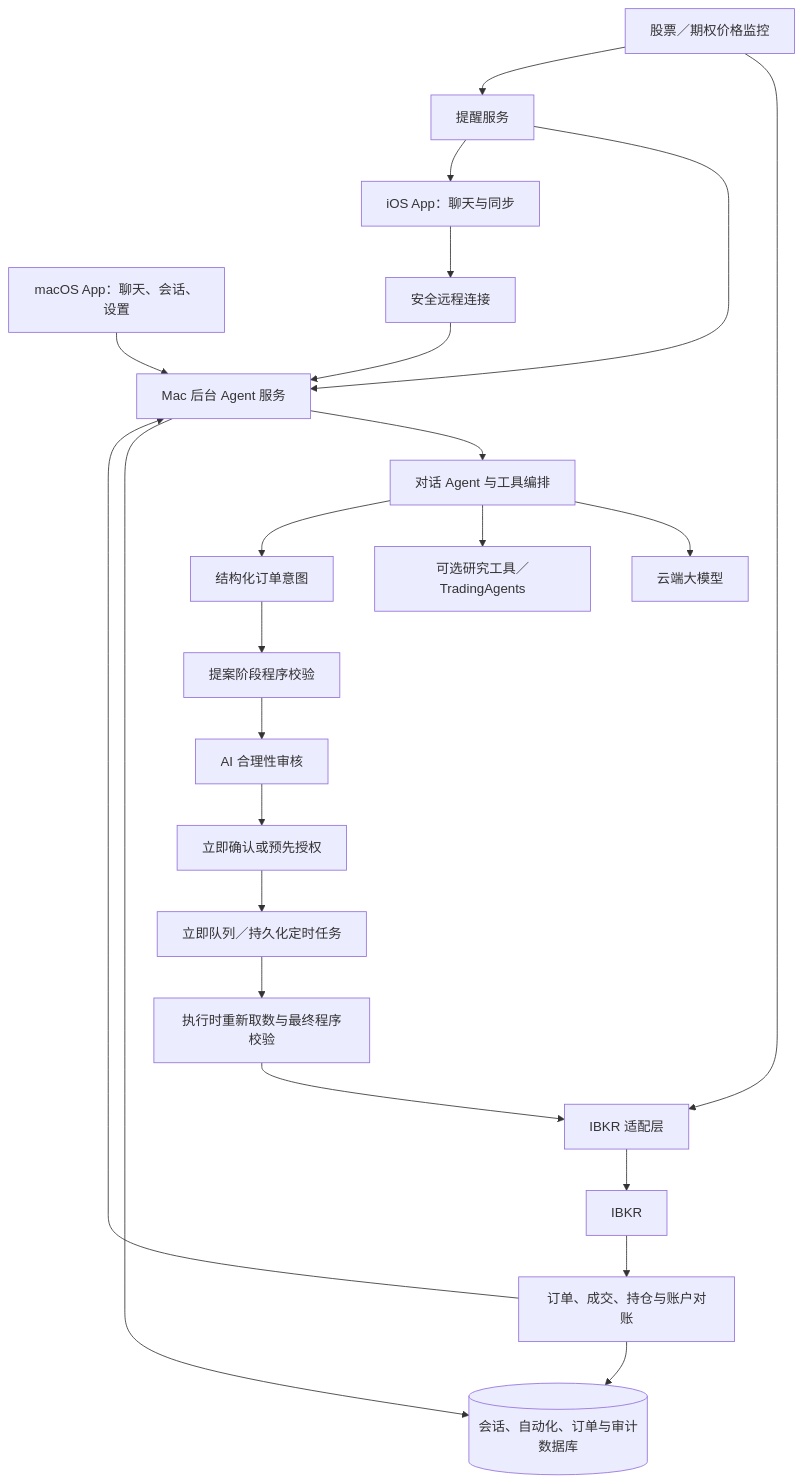
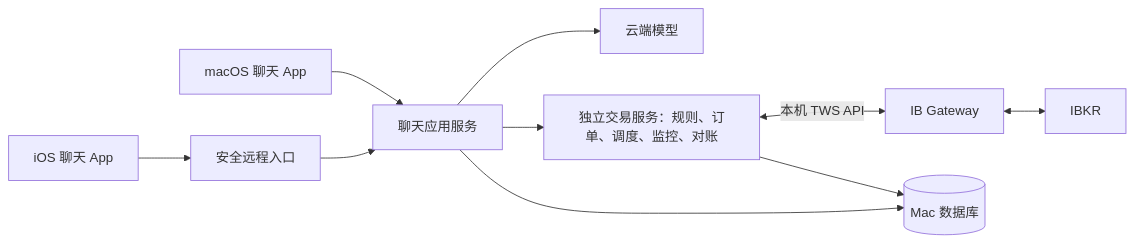
The diagram in PROJECT_OUTLINE.md (yololippy/trading-agent), drawn with Mermaid before and after one commit. The commit also changed other lines of this file and 4 other files, not shown here.

Commit message:
docs: consolidate IBKR architecture and development roadmap

````diff
--- a/PROJECT_OUTLINE.md
+++ b/PROJECT_OUTLINE.md
@@ -52,29 +26,12 @@
 ```mermaid
-flowchart TD
-    MacApp[macOS App：聊天、会话、设置] --> API[Mac 后台 Agent 服务]
-    IOS[iOS App：聊天与同步] --> Remote[安全远程连接]
-    Remote --> API
-
-    API --> Chat[对话 Agent 与工具编排]
-    Chat --> LLM[云端大模型]
-    Chat --> Research[可选研究工具／TradingAgents]
-    API --> DB[(会话、自动化、订单与审计数据库)]
-
-    Chat --> Intent[结构化订单意图]
-    Intent --> Precheck[提案阶段程序校验]
-    Precheck --> Review[AI 合理性审核]
-    Review --> Confirm[立即确认或预先授权]
-    Confirm --> Scheduler[立即队列／持久化定时任务]
-    Scheduler --> FinalCheck[执行时重新取数与最终程序校验]
-    FinalCheck --> Broker[IBKR 适配层]
-    Broker --> IBKR[IBKR]
-
-    IBKR --> Reconcile[订单、成交、持仓与账户对账]
-    Reconcile --> DB
-    Reconcile --> API
-
-    Monitor[股票／期权价格监控] --> Broker
-    Monitor --> Notify[提醒服务]
-    Notify --> API
-    Notify --> IOS
+flowchart LR
+    Mac[macOS 聊天 App] --> App[聊天应用服务]
+    IOS[iOS 聊天 App] --> Remote[安全远程入口]
+    Remote --> App
+    App --> Model[云端模型]
+    App --> Trade[独立交易服务：规则、订单、调度、监控、对账]
+    Trade <-->|本机 TWS API| Gateway[IB Gateway]
+    Gateway <--> IBKR[IBKR]
+    App --> DB[(Mac 数据库)]
+    Trade --> DB
 ```
````
